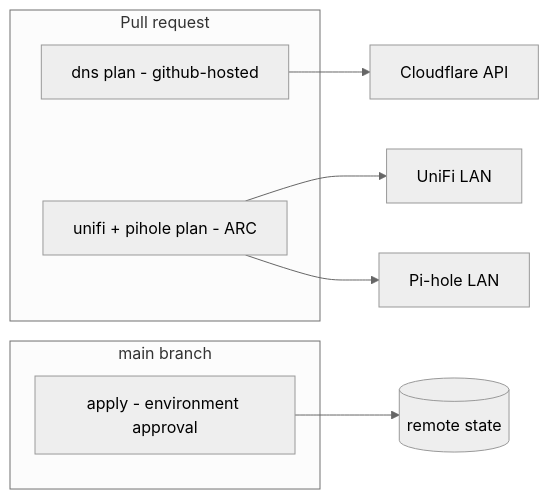
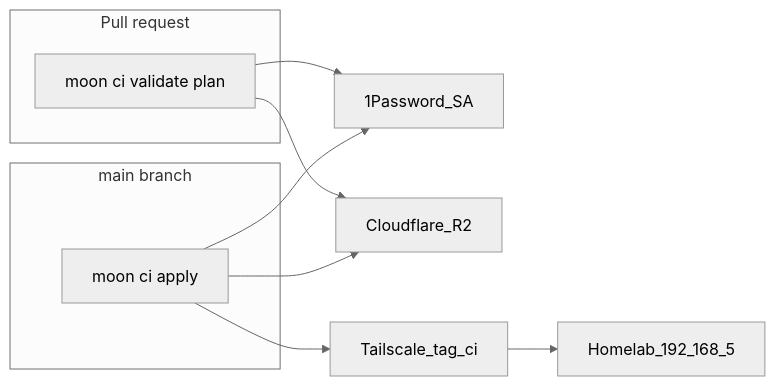
The second of 2 diagrams in docs/roadmap.md (jacobdrury/homelab), drawn with Mermaid (neutral theme) before and after one commit. The commit also changed other lines of this file and 15 other files, not shown here.

First line of the commit message:
Add OpenTofu GitHub Actions CI via moon ci and Tailscale.

````diff
--- a/docs/roadmap.md
+++ b/docs/roadmap.md
@@ -255,14 +253,15 @@
 ```mermaid
 flowchart LR
   subgraph pr [Pull request]
-    PlanDNS[dns plan - github-hosted]
-    PlanLAN[unifi + pihole plan - ARC]
+    MoonPlan["moon ci validate plan"]
   end
   subgraph main [main branch]
-    Apply[apply - environment approval]
+    MoonApply["moon ci apply"]
   end
-  PlanDNS --> CF[Cloudflare API]
-  PlanLAN --> UDM[UniFi LAN]
-  PlanLAN --> PH[Pi-hole LAN]
-  Apply --> State[(remote state)]
+  MoonPlan --> OP[1Password_SA]
+  MoonApply --> OP
+  MoonPlan --> R2[Cloudflare_R2]
+  MoonApply --> R2
+  MoonApply --> TS[Tailscale_tag_ci]
+  TS --> Homelab[Homelab_192_168_5]
 ```
````
